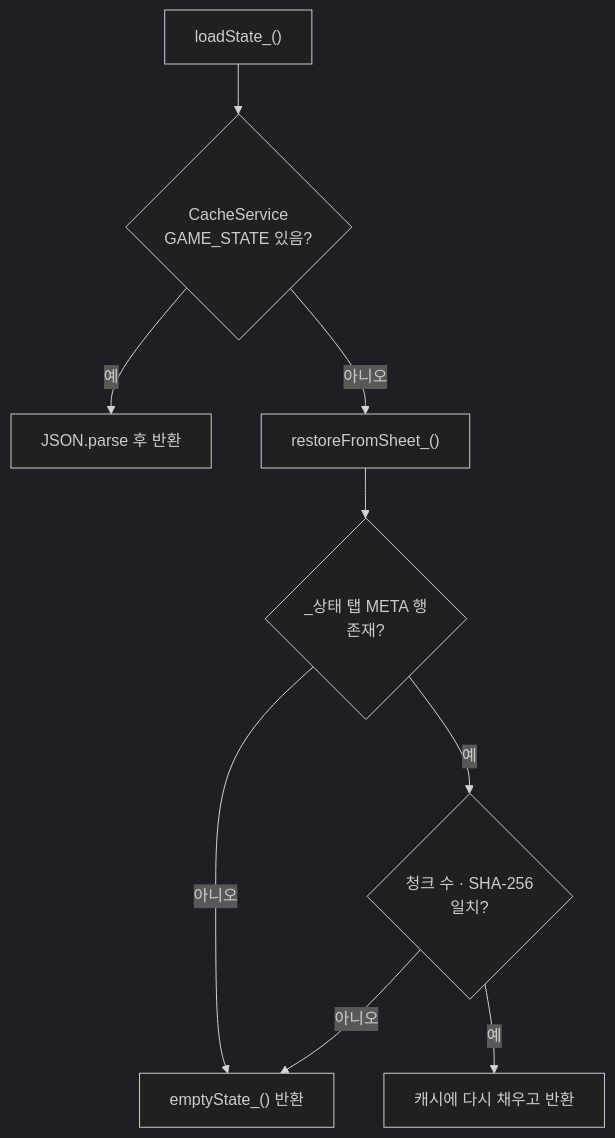
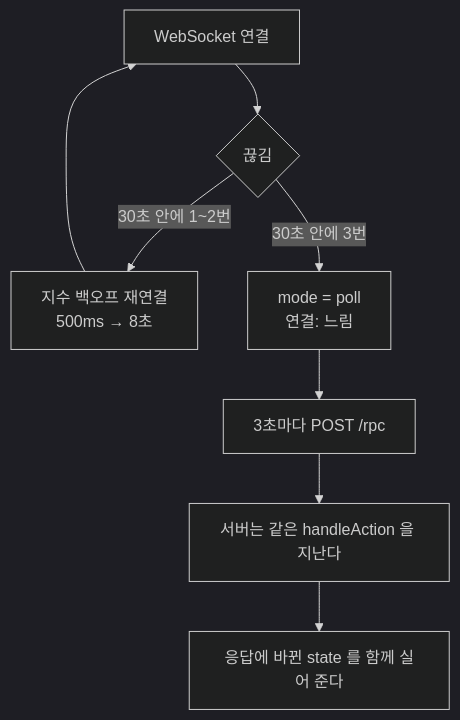
The ninth of 9 diagrams in docs/PROJECT_SPEC.md (nillili/treasure-island-conquest), drawn with Mermaid (dark theme) before and after one commit. The commit also changed other lines of this file and 13 other files, not shown here.

````diff
--- a/docs/PROJECT_SPEC.md
+++ b/docs/PROJECT_SPEC.md
@@ -587,11 +748,10 @@
 ```mermaid
 flowchart TD
-    L["loadState_()"] --> C{"CacheService<br/>GAME_STATE 있음?"}
-    C -->|"예"| P["JSON.parse 후 반환"]
-    C -->|"아니오"| R["restoreFromSheet_()"]
-    R --> M{"_상태 탭 META 행<br/>존재?"}
-    M -->|"아니오"| E["emptyState_() 반환"]
-    M -->|"예"| H{"청크 수 · SHA-256<br/>일치?"}
-    H -->|"아니오"| E
-    H -->|"예"| W["캐시에 다시 채우고 반환"]
+    A["WebSocket 연결"] --> B{"끊김"}
+    B -->|"30초 안에 1~2번"| C["지수 백오프 재연결<br/>500ms → 8초"]
+    C --> A
+    B -->|"30초 안에 3번"| D["mode = poll<br/>연결: 느림"]
+    D --> E["3초마다 POST /rpc"]
+    E --> F["서버는 같은 handleAction 을 지난다"]
+    F --> G["응답에 바뀐 state 를 함께 실어 준다"]
 ```
````
